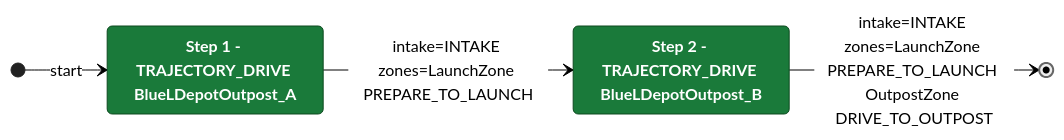
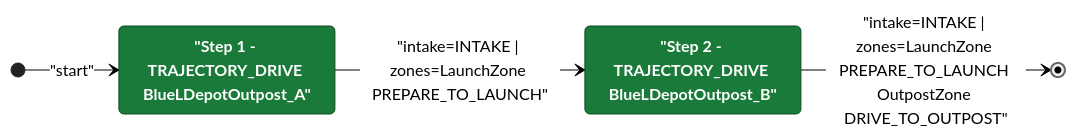
The diagram in documents/auton/BlueTDepLaunch0DepOutScoreNCli.md (Team302/2026Rebuilt), drawn with Mermaid (neutral theme) before and after one commit. The commit also changed 242 other files, not shown here.

Commit message:
Regenerated diagrams with fixed red

````diff
--- a/documents/auton/BlueTDepLaunch0DepOutScoreNCli.md
+++ b/documents/auton/BlueTDepLaunch0DepOutScoreNCli.md
@@ -8,18 +8,18 @@
 ```mermaid
 stateDiagram-v2
     direction LR
 
     %% Green = intake active, Purple = intake off
     classDef intake  fill:#1a7a3a,color:#ffffff,stroke:#0d4a1f,font-weight:bold
     classDef noIntake fill:#5a4a8a,color:#ffffff,stroke:#3a2a6a,font-weight:bold
 
-    Step1 : Step 1 - TRAJECTORY_DRIVE BlueLDepotOutpost_A
-    Step2 : Step 2 - TRAJECTORY_DRIVE BlueLDepotOutpost_B
+    Step1 : "Step 1 - TRAJECTORY_DRIVE BlueLDepotOutpost_A"
+    Step2 : "Step 2 - TRAJECTORY_DRIVE BlueLDepotOutpost_B"
 
     class Step1 intake
     class Step2 intake
 
-    [*] --> Step1 : start
-    Step1 --> Step2: intake=INTAKE zones=LaunchZone PREPARE_TO_LAUNCH
-    Step2 --> [*]: intake=INTAKE zones=LaunchZone PREPARE_TO_LAUNCH OutpostZone DRIVE_TO_OUTPOST
+    [*] --> Step1 : "start"
+    Step1 --> Step2: "intake=INTAKE | zones=LaunchZone PREPARE_TO_LAUNCH"
+    Step2 --> [*]: "intake=INTAKE | zones=LaunchZone PREPARE_TO_LAUNCH OutpostZone DRIVE_TO_OUTPOST"
 ```
````
